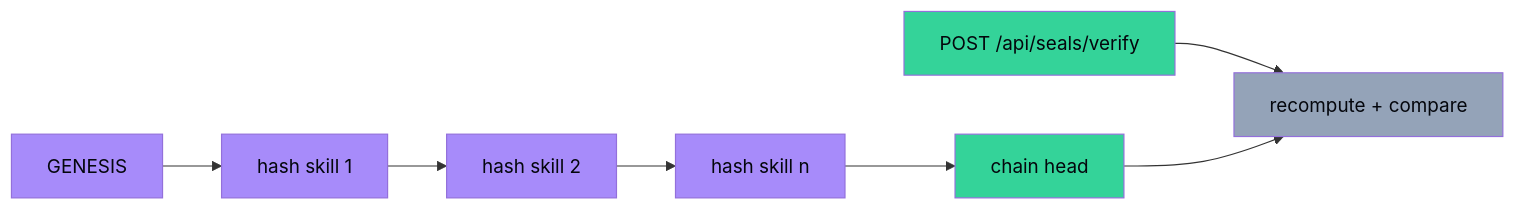
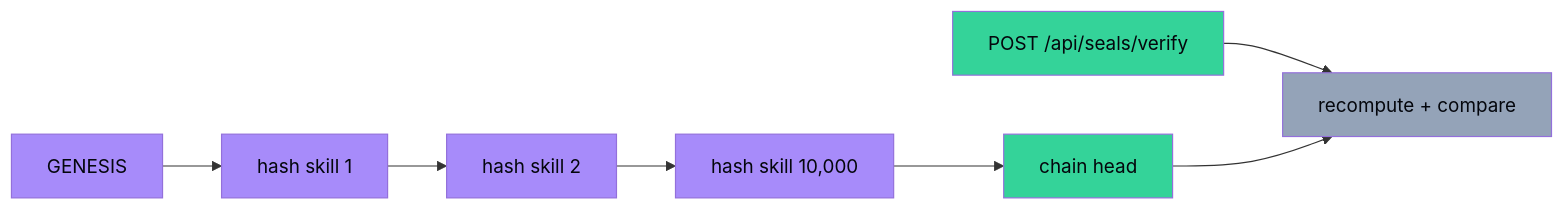
Before and after one commit to aniruddhaadak80/skillforge: the fifth of 10 diagrams in README.md, drawn with Mermaid. The commit also changed other lines of this file and 37 other files, not shown here.

````diff
--- a/README.md
+++ b/README.md
@@ -130,15 +136,15 @@
 ```mermaid
 flowchart LR
     G[GENESIS] --> H1[hash skill 1]
     H1 --> H2[hash skill 2]
-    H2 --> H3[hash skill n]
+    H2 --> H3[hash skill 10,000]
     H3 --> HEAD[chain head]
     V[POST /api/seals/verify] --> R[recompute + compare]
     HEAD --> R
     classDef ai fill:#a78bfa,color:#04060c;
     classDef agent fill:#34d399,color:#04060c;
     classDef infra fill:#94a3b8,color:#04060c;
     class G,H1,H2,H3 ai;
     class HEAD,V agent;
     class R infra;
 ```
````
